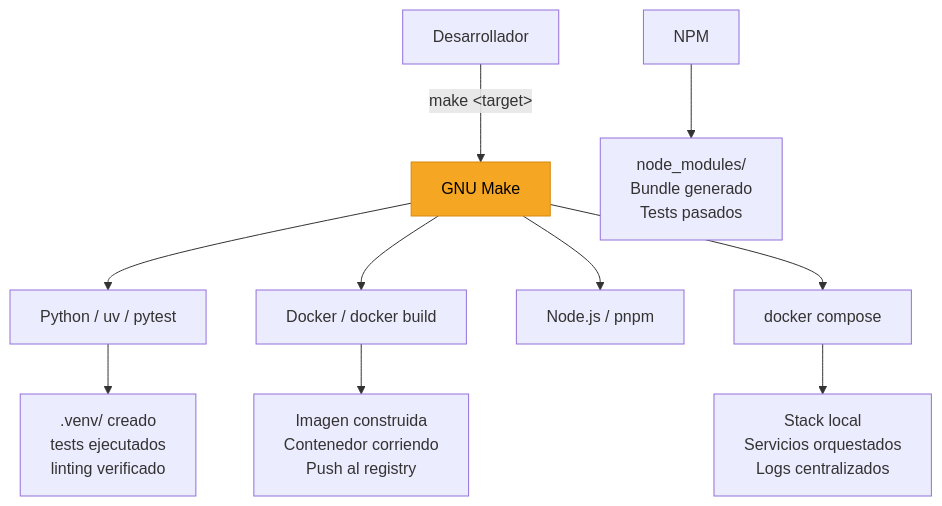
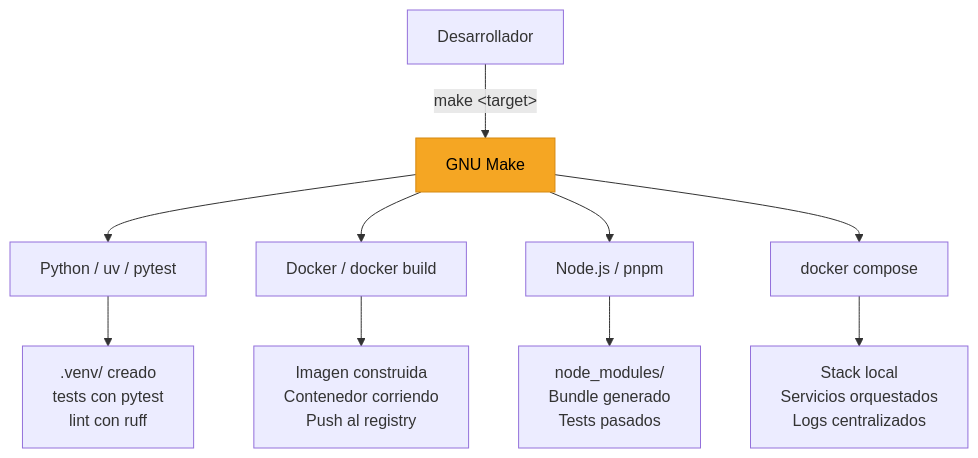
Before and after one commit to ergrato-dev/bc-makefile: the diagram in bootcamp/week-11-makefiles_para_proyectos_modernos/0-assets/01-make-como-interfaz-universal.md, drawn with Mermaid. The commit also changed 132 other files, not shown here.

````diff
--- a/bootcamp/week-11-makefiles_para_proyectos_modernos/0-assets/01-make-como-interfaz-universal.md
+++ b/bootcamp/week-11-makefiles_para_proyectos_modernos/0-assets/01-make-como-interfaz-universal.md
@@ -3,16 +3,16 @@
 ```mermaid
 graph TD
     DEV[Desarrollador] -->|make &lt;target&gt;| MAKE[GNU Make]
 
     MAKE --> PY[Python / uv / pytest]
     MAKE --> DOC[Docker / docker build]
     MAKE --> PNPM[Node.js / pnpm]
     MAKE --> CMP[docker compose]
 
-    PY --> R1[".venv/ creado<br/>tests ejecutados<br/>linting verificado"]
+    PY --> R1[".venv/ creado<br/>tests con pytest<br/>lint con ruff"]
     DOC --> R2["Imagen construida<br/>Contenedor corriendo<br/>Push al registry"]
-    NPM --> R3["node_modules/<br/>Bundle generado<br/>Tests pasados"]
+    PNPM --> R3["node_modules/<br/>Bundle generado<br/>Tests pasados"]
     CMP --> R4["Stack local<br/>Servicios orquestados<br/>Logs centralizados"]
 
     style MAKE fill:#f5a623,stroke:#d68910,color:#000
 ```
````
